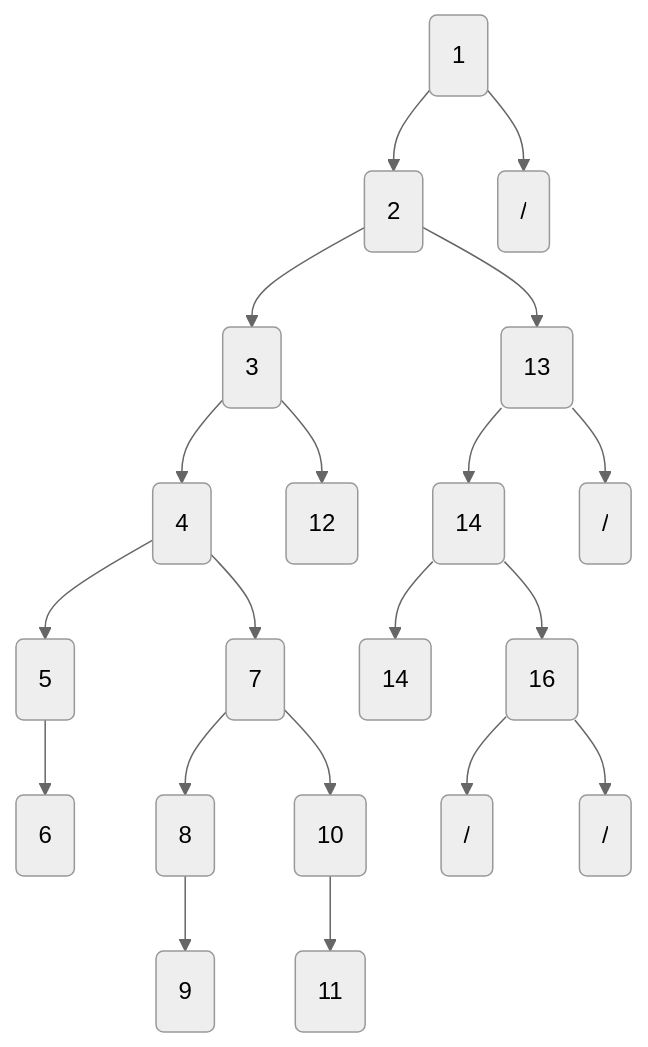
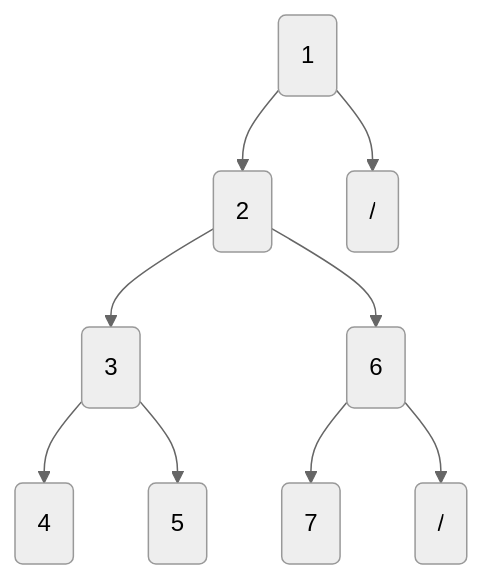
Before and after one commit to stephtelolahy/WildWestOnline: the second of 6 diagrams in README.md, drawn with Mermaid (neutral theme). The commit also changed other lines of this file and 35 other files, not shown here.

````diff
--- a/README.md
+++ b/README.md
@@ -55,22 +51,11 @@
 ```mermaid
 graph TD;
     N1(1) --> N2(2);
     N2 --> N3(3);
-    N2 --> N13(13);
+    N2 --> N6(6);
     N3 --> N4(4);
-    N3 --> N12(12);
-    N4 --> N5(5);
-    N4 --> N7(7);
-    N5 --> N6(6);
-    N7 --> N8(8);
-    N7 --> N10(10);
-    N8 --> N9(9);
-    N10 --> N11(11);
-    N13 --> N14(14);
-    N14 --> N15(14);
-    N14 --> N16(16);
-    N16 --> X161(/);
-    N16 --> X162(/);
-    N13 --> X13(/);
+    N3 --> N5(5);
+    N6 --> N7(7);
+    N6 --> X6(/);
     N1 --> X1(/);
 ```
````
